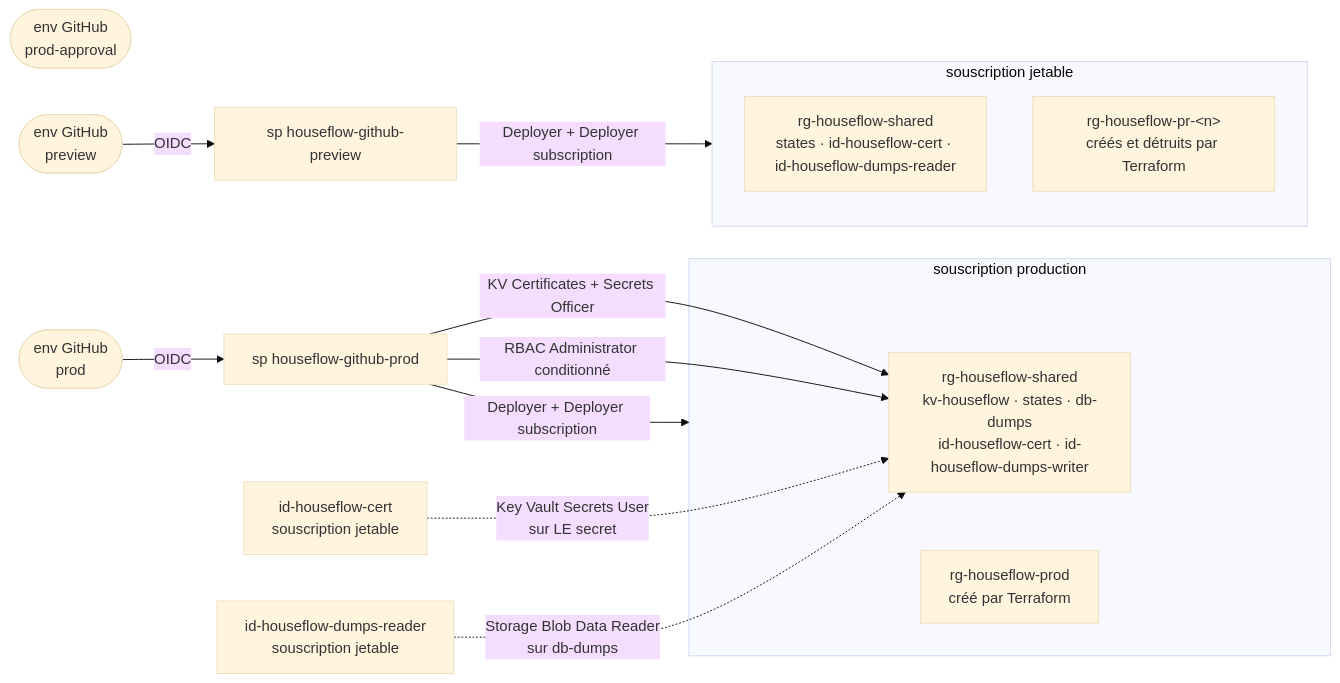
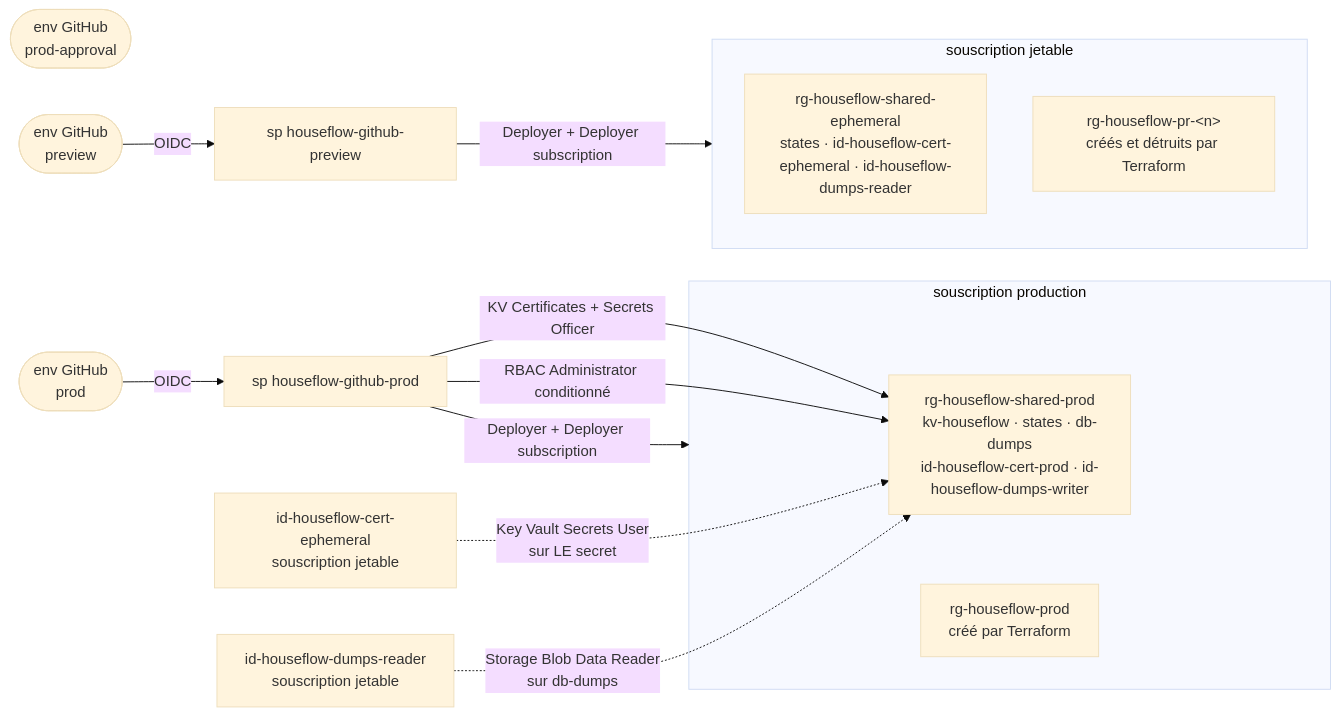
One commit to BarbeRouss/HouseFlow changed the diagram in infrastructure/rbac/README.md. Above: the diagram before and after it, drawn with Mermaid (base theme). The commit also changed other lines of this file and 12 other files, not shown here.

````diff
--- a/infrastructure/rbac/README.md
+++ b/infrastructure/rbac/README.md
@@ -33,26 +33,26 @@
 ```mermaid
 graph LR
   EA(["env GitHub<br/>prod-approval"])
 
   EO(["env GitHub<br/>prod"]) -->|OIDC| SPO["sp houseflow-github-prod"]
   EV(["env GitHub<br/>preview"]) -->|OIDC| SPV["sp houseflow-github-preview"]
 
   subgraph SUBP ["souscription production"]
-    RGS["rg-houseflow-shared<br/>kv-houseflow · states · db-dumps<br/>id-houseflow-cert · id-houseflow-dumps-writer"]
+    RGS["rg-houseflow-shared-prod<br/>kv-houseflow · states · db-dumps<br/>id-houseflow-cert-prod · id-houseflow-dumps-writer"]
     RGO["rg-houseflow-prod<br/>créé par Terraform"]
   end
 
   subgraph SUBE ["souscription jetable"]
-    RGSE["rg-houseflow-shared<br/>states · id-houseflow-cert · id-houseflow-dumps-reader"]
+    RGSE["rg-houseflow-shared-ephemeral<br/>states · id-houseflow-cert-ephemeral · id-houseflow-dumps-reader"]
     RGX["rg-houseflow-pr-&lt;n&gt;<br/>créés et détruits par Terraform"]
   end
 
   SPO -->|Deployer + Deployer subscription| SUBP
   SPO -->|KV Certificates + Secrets Officer| RGS
   SPO -->|RBAC Administrator conditionné| RGS
 
   SPV -->|Deployer + Deployer subscription| SUBE
 
-  IDC["id-houseflow-cert<br/>souscription jetable"] -.->|Key Vault Secrets User<br/>sur LE secret| RGS
+  IDC["id-houseflow-cert-ephemeral<br/>souscription jetable"] -.->|Key Vault Secrets User<br/>sur LE secret| RGS
   IDD["id-houseflow-dumps-reader<br/>souscription jetable"] -.->|Storage Blob Data Reader<br/>sur db-dumps| RGS
 ```
````
